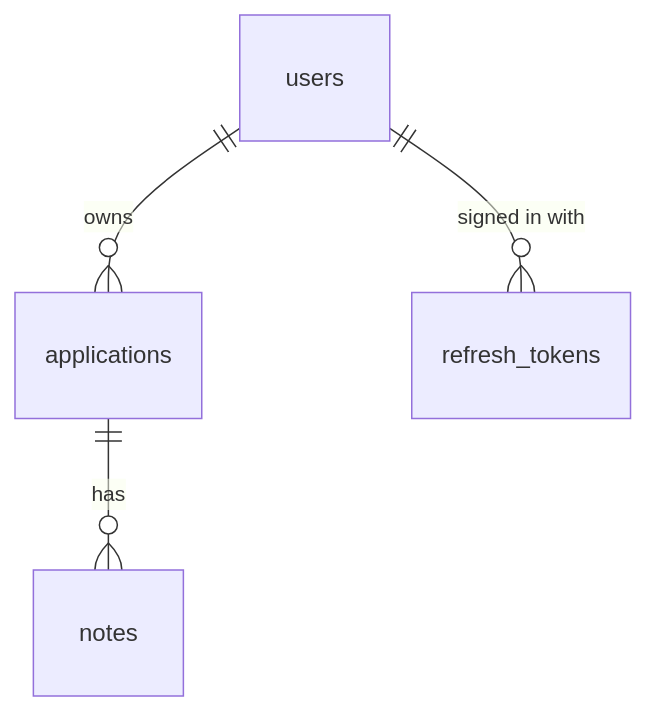
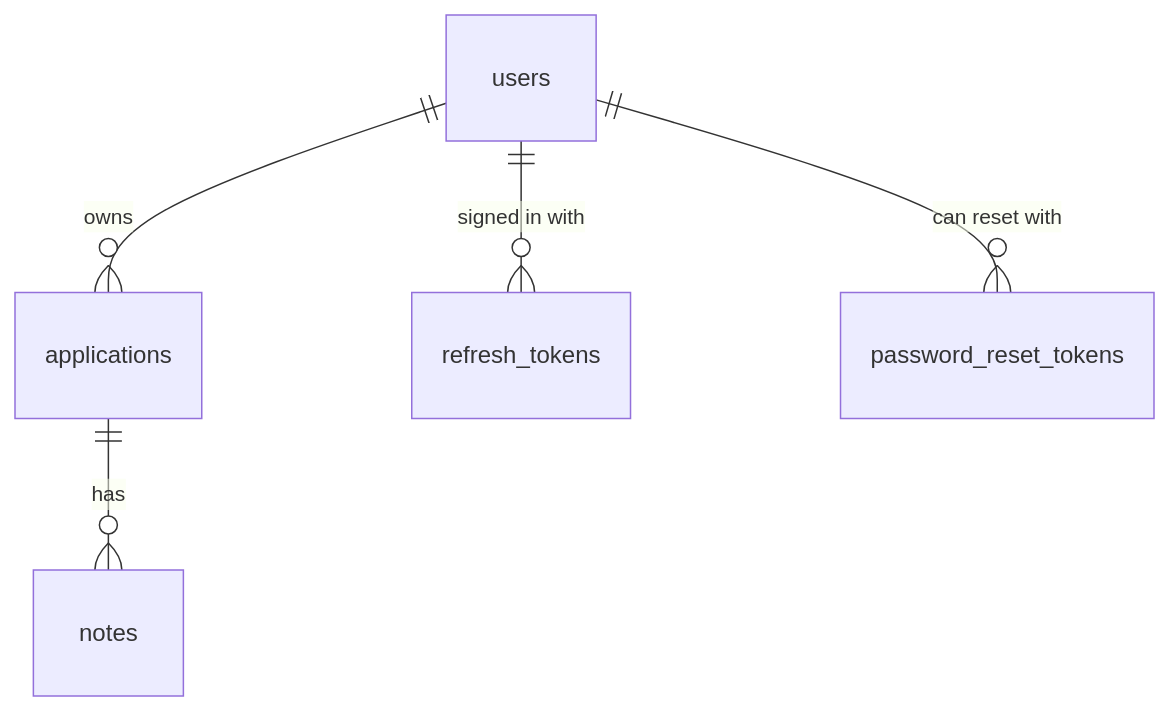
The second of 2 diagrams in docs/ARCHITECTURE.md (varsha-k-karthikeyan/jobtrackr), drawn with Mermaid before and after one commit. The commit also changed other lines of this file and 6 other files, not shown here.

````diff
--- a/docs/ARCHITECTURE.md
+++ b/docs/ARCHITECTURE.md
@@ -95,6 +95,7 @@
 ```mermaid
 erDiagram
     users ||--o{ applications : owns
     applications ||--o{ notes : has
     users ||--o{ refresh_tokens : "signed in with"
+    users ||--o{ password_reset_tokens : "can reset with"
 ```
````
